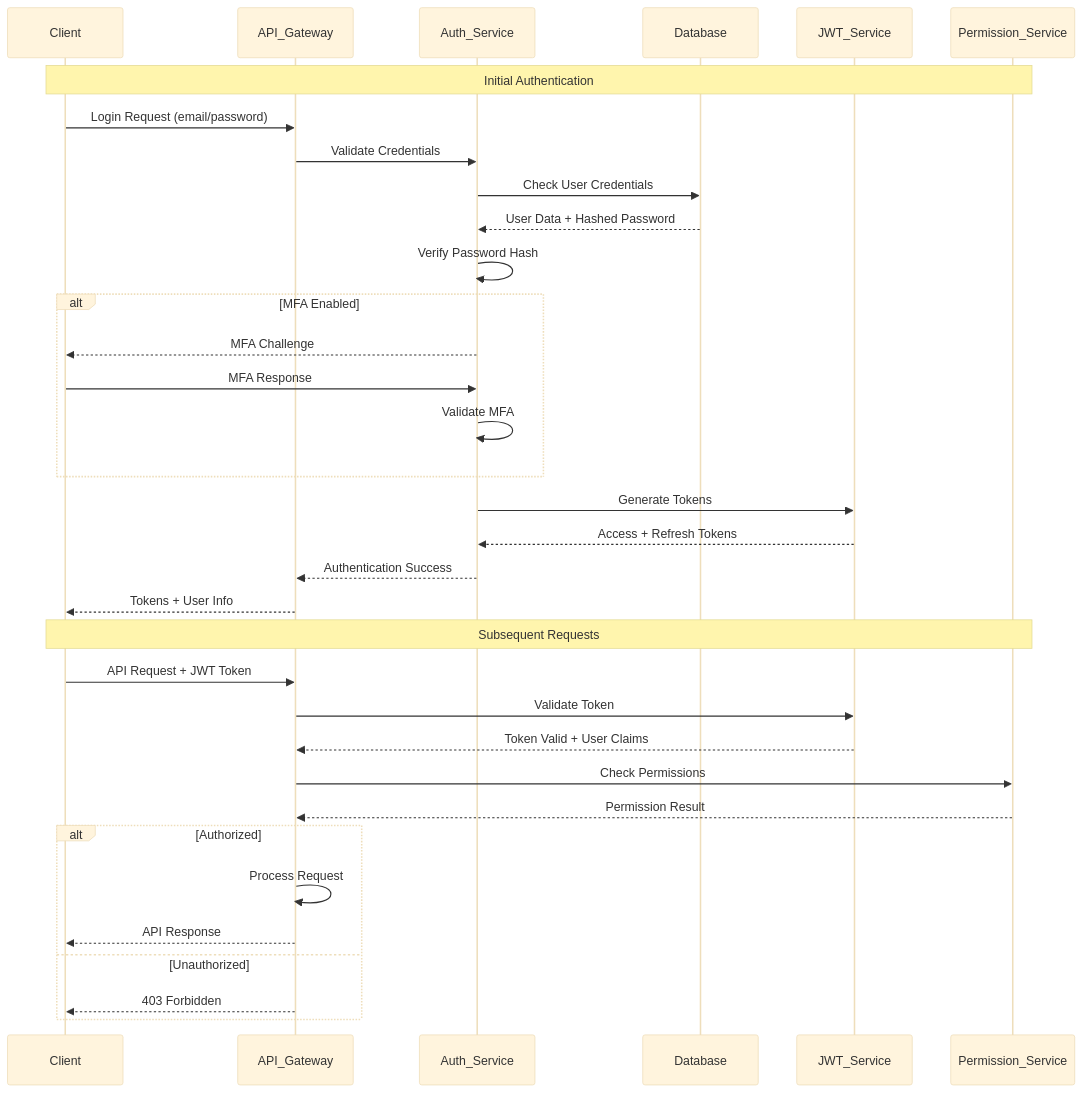
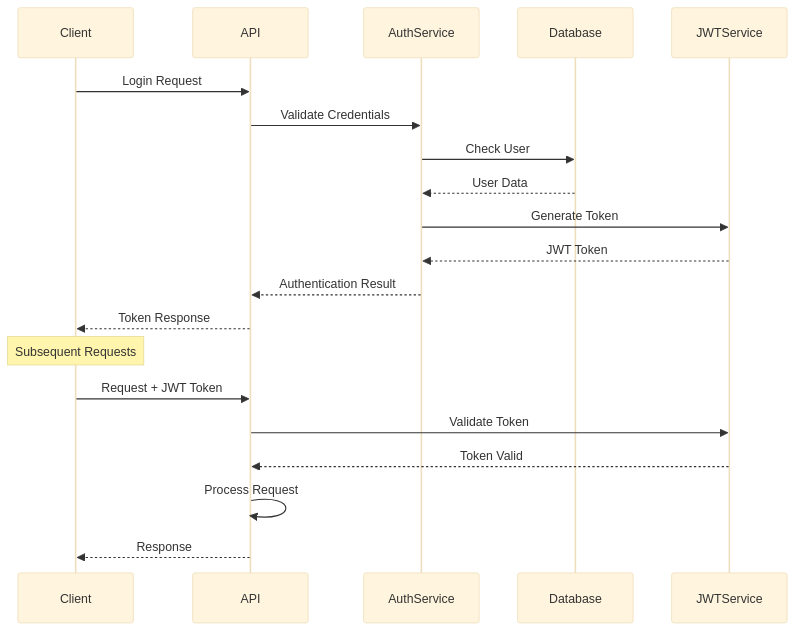
Before and after one commit to MRCORD/university-chatbot: diagram 19 of 21 in docs/system-architecture.md, drawn with Mermaid (base theme). The commit also changed other lines of this file, not shown here.

````diff
--- a/docs/system-architecture.md
+++ b/docs/system-architecture.md
@@ -1939,41 +853,24 @@
 ```mermaid
 sequenceDiagram
     participant Client
-    participant API_Gateway
-    participant Auth_Service
+    participant API
+    participant AuthService
     participant Database
-    participant JWT_Service
-    participant Permission_Service
+    participant JWTService
     
-    Note over Client, Permission_Service: Initial Authentication
-    Client->>API_Gateway: Login Request (email/password)
-    API_Gateway->>Auth_Service: Validate Credentials
-    Auth_Service->>Database: Check User Credentials
-    Database-->>Auth_Service: User Data + Hashed Password
-    Auth_Service->>Auth_Service: Verify Password Hash
+    Client->>API: Login Request
+    API->>AuthService: Validate Credentials
+    AuthService->>Database: Check User
+    Database-->>AuthService: User Data
+    AuthService->>JWTService: Generate Token
+    JWTService-->>AuthService: JWT Token
+    AuthService-->>API: Authentication Result
+    API-->>Client: Token Response
     
-    alt MFA Enabled
-        Auth_Service-->>Client: MFA Challenge
-        Client->>Auth_Service: MFA Response
-        Auth_Service->>Auth_Service: Validate MFA
-    end
-    
-    Auth_Service->>JWT_Service: Generate Tokens
-    JWT_Service-->>Auth_Service: Access + Refresh Tokens
-    Auth_Service-->>API_Gateway: Authentication Success
-    API_Gateway-->>Client: Tokens + User Info
-    
-    Note over Client, Permission_Service: Subsequent Requests
-    Client->>API_Gateway: API Request + JWT Token
-    API_Gateway->>JWT_Service: Validate Token
-    JWT_Service-->>API_Gateway: Token Valid + User Claims
-    API_Gateway->>Permission_Service: Check Permissions
-    Permission_Service-->>API_Gateway: Permission Result
-    
-    alt Authorized
-        API_Gateway->>API_Gateway: Process Request
-        API_Gateway-->>Client: API Response
-    else Unauthorized
-        API_Gateway-->>Client: 403 Forbidden
-    end
+    Note over Client: Subsequent Requests
+    Client->>API: Request + JWT Token
+    API->>JWTService: Validate Token
+    JWTService-->>API: Token Valid
+    API->>API: Process Request
+    API-->>Client: Response
 ```
````
